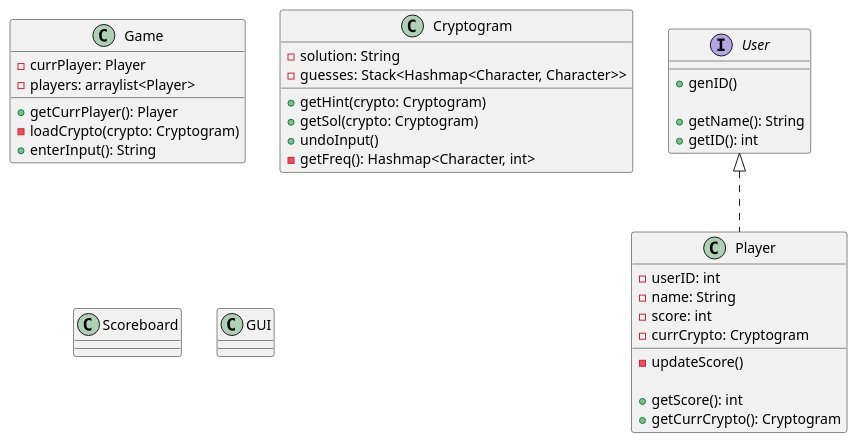
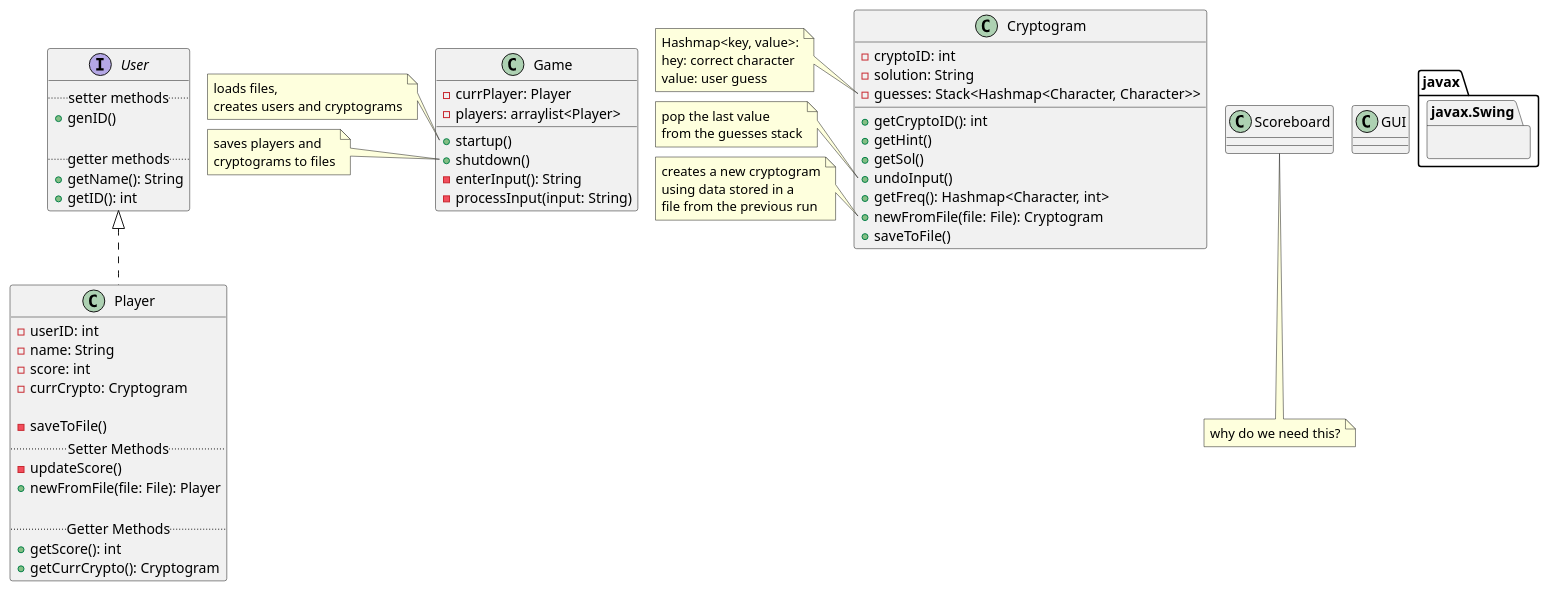
One commit to finlaysr/CS207-Cryptograms changed the diagram in Class-Diagrams/class_diagram.plantuml. Above: the diagram before and after it, drawn with PlantUML.

Commit message:
Did some refactoring and added comments

```diff
--- a/Class-Diagrams/class_diagram.plantuml
+++ b/Class-Diagrams/class_diagram.plantuml
@@ -1,57 +1,85 @@
 @startuml
+top to bottom direction
+!pragma layout smetana
+
 interface User {
-
-    ' Setter methods
+    ..setter methods..
     + genID()
 
-    ' Getter methods..
+    ..getter methods..
     + getName(): String
     + getID(): int
 }
 
 class Player implements User {
-
-    ' Field
     - userID: int
     - name: String
     - score: int
     - currCrypto: Cryptogram
 
-    ' Setter Methods
+    - saveToFile()
+    ..Setter Methods..
     - updateScore()
+    + newFromFile(file: File): Player
 
-    ' Getter Methods
+    ..Getter Methods..
     + getScore(): int
     + getCurrCrypto(): Cryptogram
-
 }
 
 class Game {
-    'Field
     - currPlayer: Player
     - players: arraylist<Player>
 
-    + getCurrPlayer(): Player
-    - loadCrypto(crypto: Cryptogram)
-    + enterInput(): String
+    + startup()
+    + shutdown()
+    - enterInput(): String
+    - processInput(input: String)
+}
+note left of Game::startup
+    loads files,
+    creates users and cryptograms
+end note
+note left of Game::shutdown
+    saves players and
+    cryptograms to files
+end note
+
+class Cryptogram {
+    - cryptoID: int
+    - solution: String
+    - guesses: Stack<Hashmap<Character, Character>>
+
+    + getCryptoID(): int
+    + getHint()
+    + getSol()
+    + undoInput()
+    + getFreq(): Hashmap<Character, int>
+    + newFromFile(file: File): Cryptogram
+    + saveToFile()
+}
+note left of Cryptogram::guesses
+ Hashmap<key, value>:
+ hey: correct character
+ value: user guess
+end note
+note left of Cryptogram::undoInput
+    pop the last value
+    from the guesses stack
+end note
+note left of Cryptogram::newFromFile
+    creates a new cryptogram
+    using data stored in a
+    file from the previous run
+end note
+
+class Scoreboard{
+}
+note bottom: why do we need this?
+
+class GUI{
 }
 
-' If two players are on the same cryptogram
-class Cryptogram {
-
-    - solution: String
-    - guesses: Stack<Hashmap<Character, Character>>
-    + getHint(crypto: Cryptogram)
-    + getSol(crypto: Cryptogram)
-    + undoInput()
-    - getFreq(): Hashmap<Character, int>
-}
-class Scoreboard
-
-class GUI{
-
-
-}
-
+Package javax.Swing{}
 
 @enduml
```
